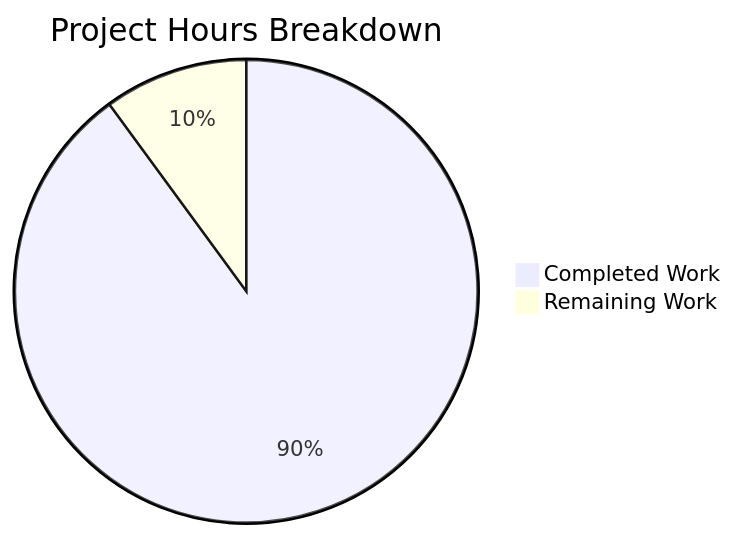
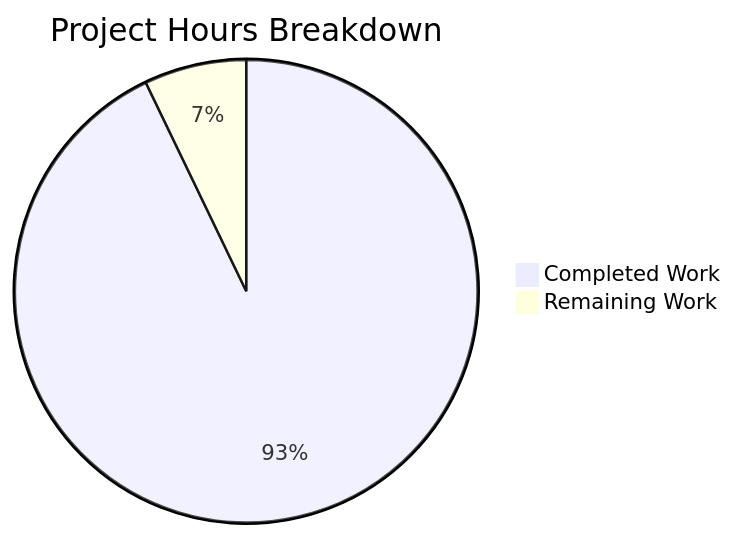
One commit to Blitzy-Sandbox/blitzy-WebVella-ERP changed the second of 4 diagrams in blitzy/documentation/Project Guide.md. Above: the diagram before and after it, drawn with Mermaid. The commit also changed other lines of this file, not shown here.

Commit message:
Adding Blitzy Project Guide: Project Status and Human Tasks Remaining

````diff
--- a/blitzy/documentation/Project Guide.md
+++ b/blitzy/documentation/Project Guide.md
@@ -230,5 +273,5 @@
 ```mermaid
 pie title Project Hours Breakdown
-    "Completed Work" : 483
-    "Remaining Work" : 54
+    "Completed Work" : 780
+    "Remaining Work" : 60
 ```
````
